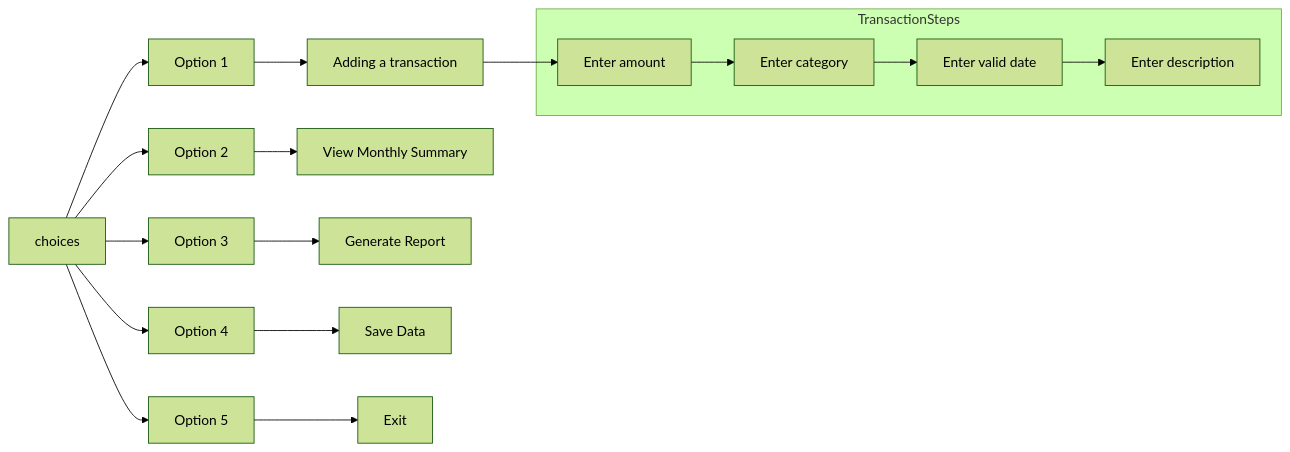
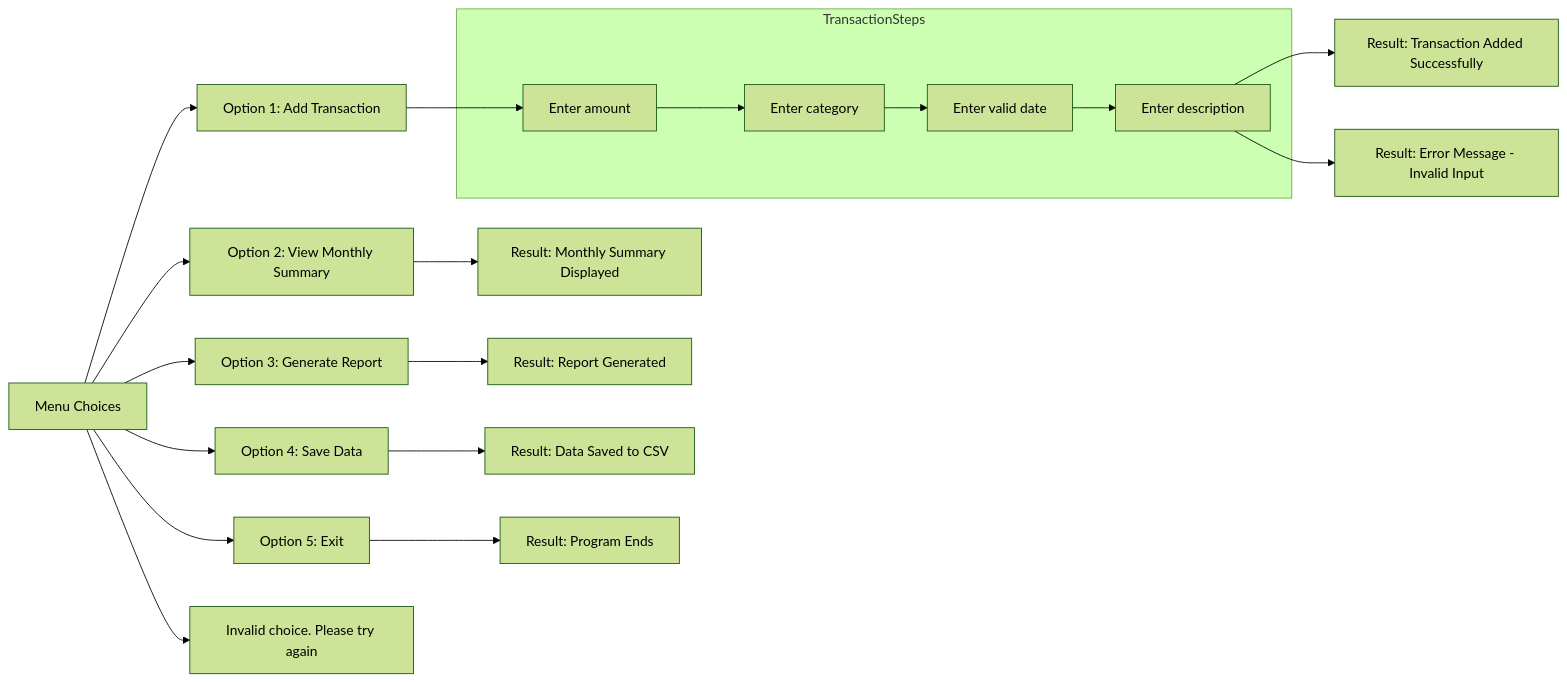
The first of 3 diagrams in README.md (Kemar-Brown/CS50project), drawn with Mermaid (forest theme) before and after one commit. The commit also changed other lines of this file, not shown here.

Commit message:
change to flowchart to show all options

````diff
--- a/README.md
+++ b/README.md
@@ -138,21 +138,30 @@
 ```mermaid
 flowchart LR
-    A[choices] --> B[Option 1]
-    A --> C[Option 2]
-    A --> D[Option 3]
-    A --> E[Option 4]
-    A --> F[Option 5]
-    B --> G[Adding a transaction]
-    C --> H[View Monthly Summary]
-    D --> I[Generate Report]
-    E --> J[Save Data]
-    F --> K[Exit]
+    A[Menu Choices] --> B[Option 1: Add Transaction]
+    A --> C[Option 2: View Monthly Summary]
+    A --> D[Option 3: Generate Report]
+    A --> E[Option 4: Save Data]
+    A --> F[Option 5: Exit]
 
+    %% Results of each option
+    B --> L
+    C --> H[Result: Monthly Summary Displayed]
+    D --> I[Result: Report Generated]
+    E --> J[Result: Data Saved to CSV]
+    F --> K[Result: Program Ends]
+
+    %% Transaction steps expanded
     subgraph TransactionSteps
         L[Enter amount] --> M[Enter category]
         M --> N[Enter valid date]
         N --> O[Enter description]
     end
 
-    G --> L
+    %% Two possible outcomes after transaction steps
+    O --> G[Result: Transaction Added Successfully]
+    O --> G2[Result: Error Message - Invalid Input]
+
+    %% Invalid choice branch
+    A --> P[Invalid choice. Please try again]
+
 ```
````
